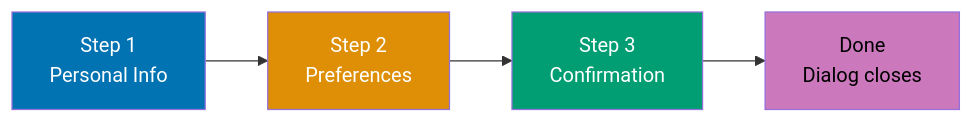
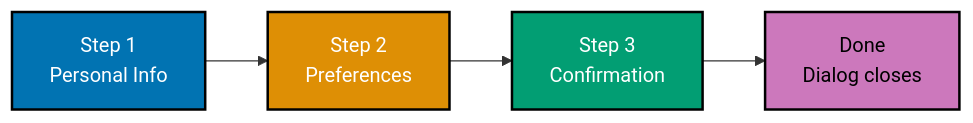
One commit to wahidyankf/open-sharia-enterprise changed the third of 3 diagrams in apps/ayokoding-web/content/en/learn/software-engineering/platform-web/tools/fe-radix-ui/by-example/intermediate.md. Above: the diagram before and after it, drawn with Mermaid. The commit also changed other lines of this file and 13 other files, not shown here.

````diff
--- a/apps/ayokoding-web/content/en/learn/software-engineering/platform-web/tools/fe-radix-ui/by-example/intermediate.md
+++ b/apps/ayokoding-web/content/en/learn/software-engineering/platform-web/tools/fe-radix-ui/by-example/intermediate.md
@@ -1876,12 +1876,12 @@
 ```mermaid
 %% Color Palette: Blue #0173B2, Orange #DE8F05, Teal #029E73, Purple #CC78BC, Brown #CA9161
 graph LR
     Step1["Step 1<br/>Personal Info"] --> Step2["Step 2<br/>Preferences"]
     Step2 --> Step3["Step 3<br/>Confirmation"]
     Step3 --> Done["Done<br/>Dialog closes"]
 
-    style Step1 fill:#0173B2,color:#fff
-    style Step2 fill:#DE8F05,color:#fff
-    style Step3 fill:#029E73,color:#fff
-    style Done fill:#CC78BC,color:#000
+    style Step1 fill:#0173B2,stroke:#000000,stroke-width:2px,color:#fff
+    style Step2 fill:#DE8F05,stroke:#000000,stroke-width:2px,color:#fff
+    style Step3 fill:#029E73,stroke:#000000,stroke-width:2px,color:#fff
+    style Done fill:#CC78BC,stroke:#000000,stroke-width:2px,color:#000
 ```
````
